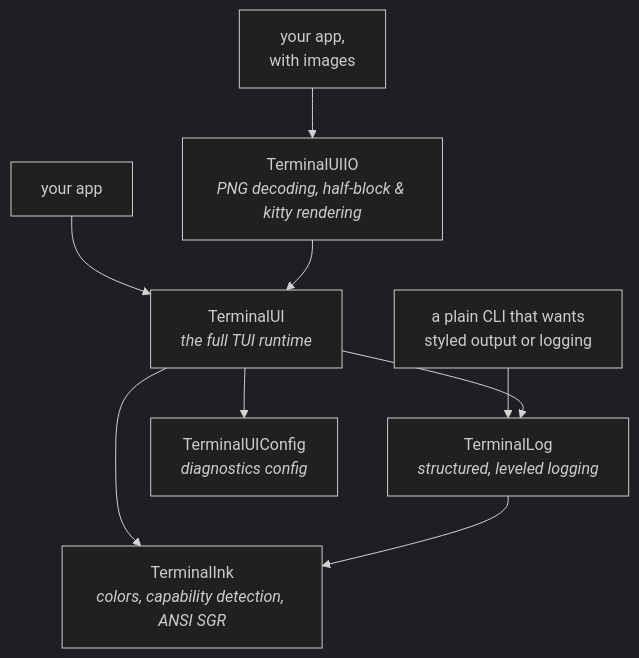
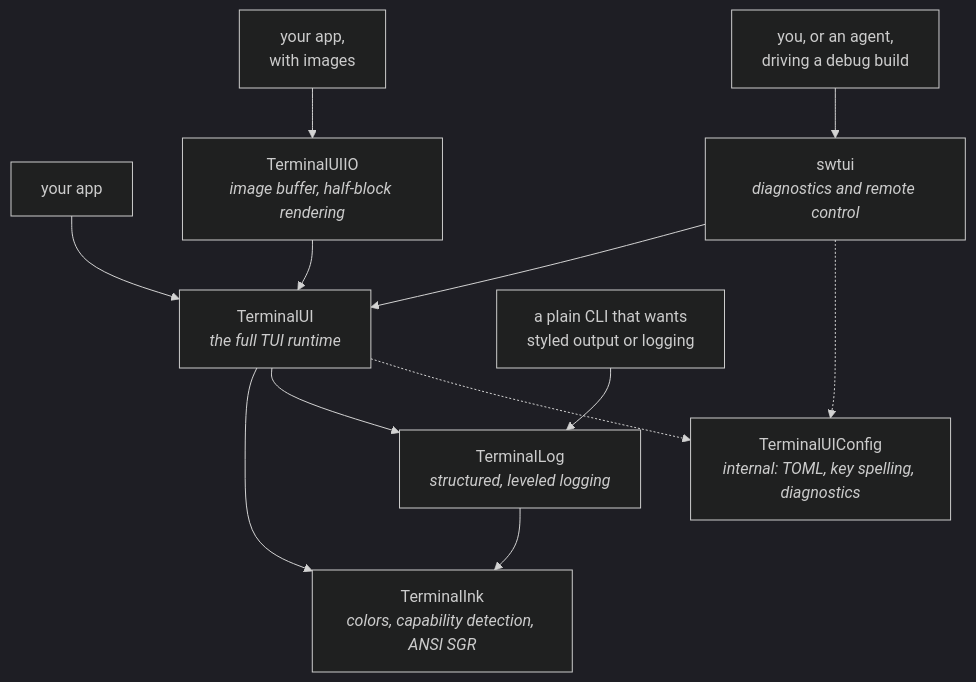
The diagram in README.md (dardevelin/terminal-ui), drawn with Mermaid (dark theme) before and after one commit. The commit also changed other lines of this file and 1 other file, not shown here.

````diff
--- a/README.md
+++ b/README.md
@@ -335,13 +336,16 @@
 ```mermaid
 graph TD
     App["your app"] --> TUI
     ImgApp["your app,<br/>with images"] --> IO
     CLI["a plain CLI that wants<br/>styled output or logging"] --> Log
+    Dev["you, or an agent,<br/>driving a debug build"] --> SW
 
-    IO["TerminalUIIO<br/><i>PNG decoding, half-block &amp; kitty rendering</i>"] --> TUI
+    IO["TerminalUIIO<br/><i>image buffer, half-block rendering</i>"] --> TUI
+    SW["swtui<br/><i>diagnostics and remote control</i>"] --> TUI
     TUI["TerminalUI<br/><i>the full TUI runtime</i>"] --> Ink
     TUI --> Log
-    TUI --> Config["TerminalUIConfig<br/><i>diagnostics config</i>"]
+    TUI -.-> Config["TerminalUIConfig<br/><i>internal: TOML, key spelling, diagnostics</i>"]
+    SW -.-> Config
     Log["TerminalLog<br/><i>structured, leveled logging</i>"] --> Ink
     Ink["TerminalInk<br/><i>colors, capability detection, ANSI SGR</i>"]
 ```
````
